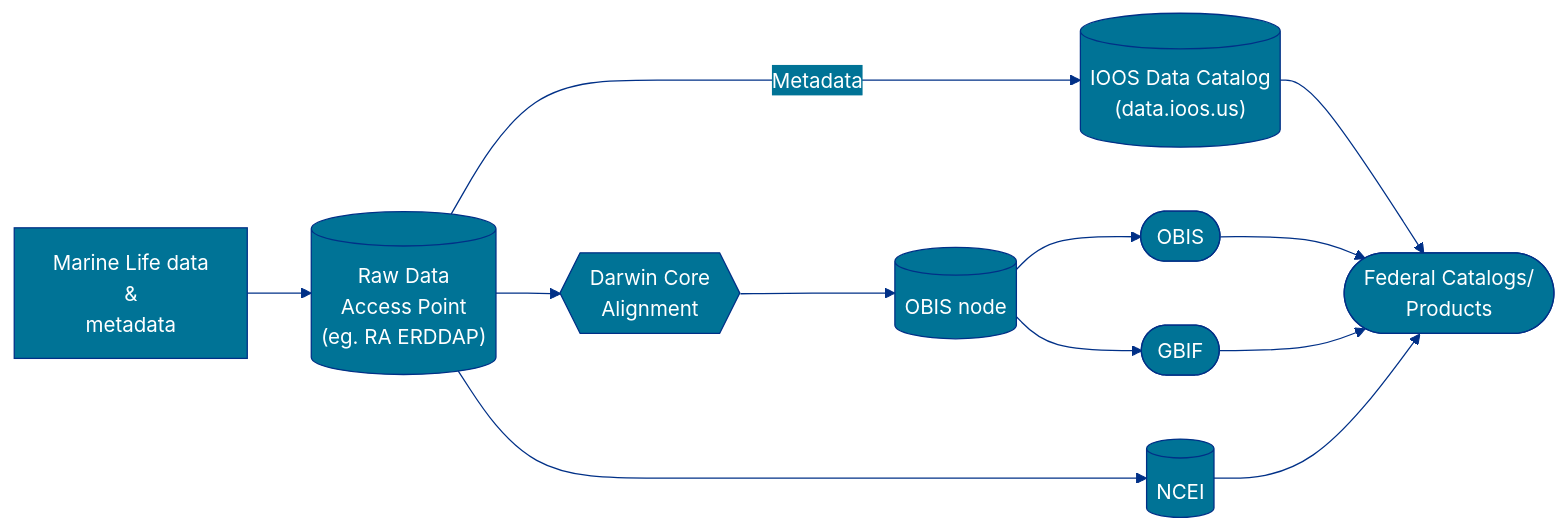
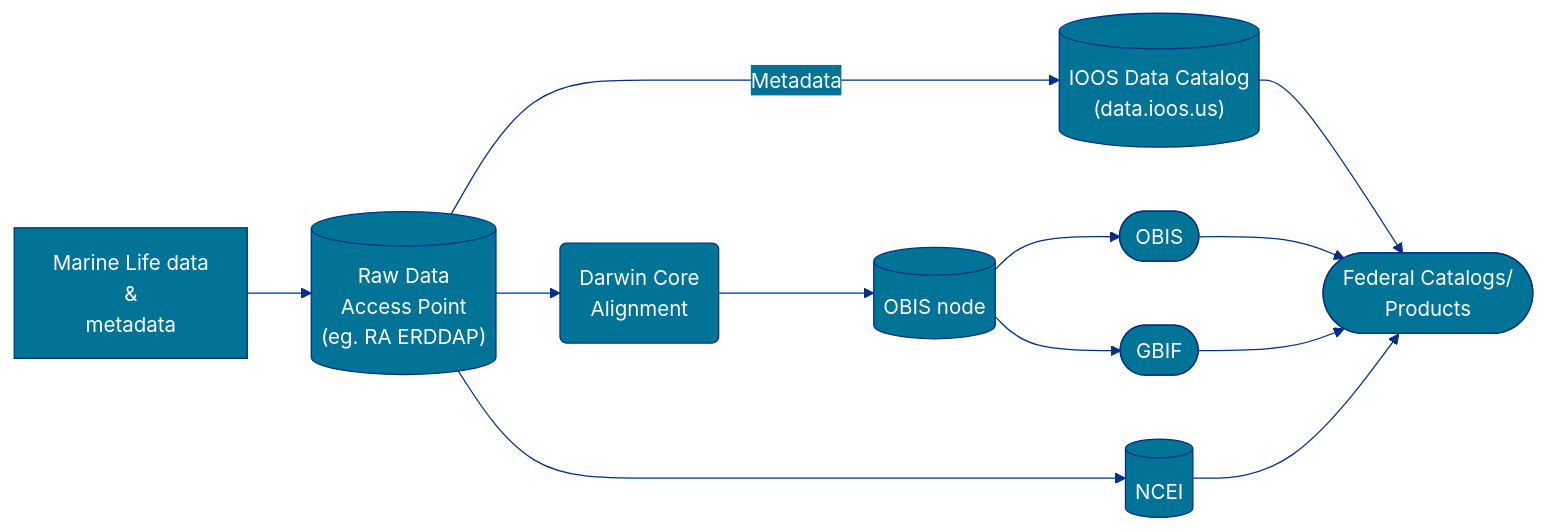
One commit to ioos/mbon-docs changed the diagram in _docs/use-case.md. Above: the diagram before and after it, drawn with Mermaid.

````diff
--- a/_docs/use-case.md
+++ b/_docs/use-case.md
@@ -21,70 +21,70 @@
 ```mermaid
 %%{
   init: {
     'theme': 'base',
     'themeVariables': {
       'primaryColor': '#007396',
       'primaryTextColor': '#fff',
       'primaryBorderColor': '#003087',
       'lineColor': '#003087',
       'secondaryColor': '#007396',
       'tertiaryColor': '#CCD1D1'
     },
    'flowchart': { 'curve': 'basis' }
   }
 }%%
 
 flowchart LR
 
 A["Marine Life data 
 & 
 metadata"] 
 
 B[("Raw Data 
 Access Point
 (eg. RA ERDDAP)")]
 
-C{{"Darwin Core
-Alignment"}}
+C("Darwin Core
+Alignment")
 
 D[(NCEI)]
 
 E[("OBIS node")]
 
 G([OBIS])
 
 H([GBIF])
 
 I[("IOOS Data Catalog
 (data.ioos.us)")]
 
 FC(["Federal Catalogs/
 Products"])
 
 
 A --> B
 B -- Metadata --> I
 B --> C
 B --> D
 
 C --> E
 E --> G
 E --> H
 
 I --> FC
 
 G --> FC
 H --> FC
 
 
 D --> FC
 
 click B "http://www.neracoos.org/erddap/tabledap/WBTS_CFIN_2004_2017.html" "NERACOOS ERDDAP" _blank
 click C "https://github.com/ioos/bio_data_guide/issues/102" "Data standardization" _blank
 click D "https://www.ncei.noaa.gov/access/metadata/landing-page/bin/iso?id=gov.noaa.nodc:0250940" "NCEI" _blank
 click E "https://www1.usgs.gov/obis-usa/ipt/resource?r=gom_wbts_mesozooplankton" "OBIS-USA IPT" _blank
 click G "https://obis.org/dataset/5ef55cd8-05a1-4569-8e17-ceb224e40f59" "OBIS" _blank
 click H "https://www.gbif.org/dataset/29651377-23c8-4f45-b439-693a1a23cee1" "GBIF" _blank
 click I "htpps://data.ioos.us" "IOOS Catalog" _blank
 click FC "https://data.noaa.gov/onestop/collections/details/55309a04-8383-42ff-b2fe-ab3497431756" "OneStop" _blank
 ```
````
